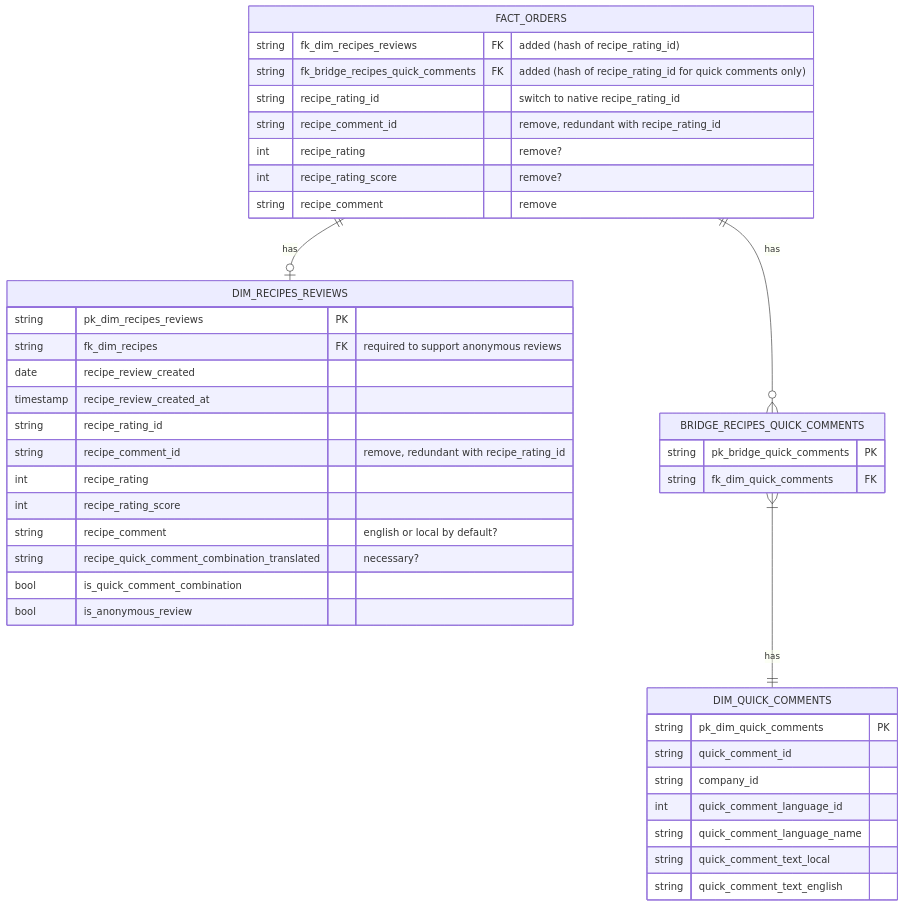
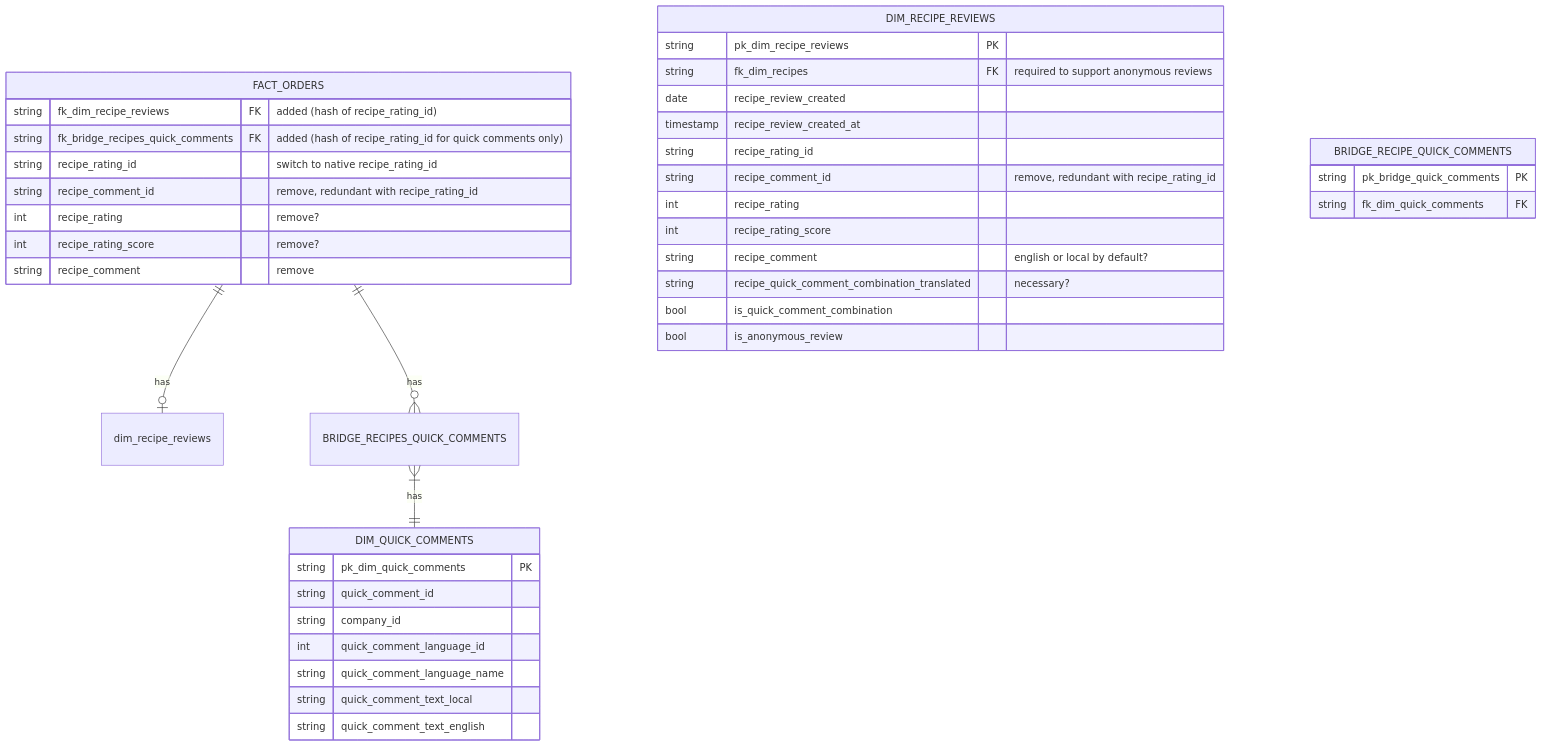
Before and after one commit to comegrant/misc_doc: the diagram in add_reviews_to_pbi.md, drawn with Mermaid. The commit also changed other lines of this file, not shown here.

````diff
--- a/add_reviews_to_pbi.md
+++ b/add_reviews_to_pbi.md
@@ -13,45 +13,45 @@
 ```mermaid
 erDiagram
 direction TB
-FACT_ORDERS ||--o| DIM_RECIPES_REVIEWS: has
+FACT_ORDERS ||--o| dim_recipe_reviews: has
 FACT_ORDERS ||--o{ BRIDGE_RECIPES_QUICK_COMMENTS: has
 BRIDGE_RECIPES_QUICK_COMMENTS }|--|| DIM_QUICK_COMMENTS: has
 
 
 FACT_ORDERS {
-    string fk_dim_recipes_reviews FK "added (hash of recipe_rating_id)"
+    string fk_dim_recipe_reviews FK "added (hash of recipe_rating_id)"
     string fk_bridge_recipes_quick_comments FK "added (hash of recipe_rating_id for quick comments only)"
     string recipe_rating_id "switch to native recipe_rating_id"
     string recipe_comment_id "remove, redundant with recipe_rating_id"
     int recipe_rating "remove?"
     int recipe_rating_score "remove?"
     string recipe_comment "remove"
 }
-DIM_RECIPES_REVIEWS {
-    string pk_dim_recipes_reviews PK
+DIM_RECIPE_REVIEWS {
+    string pk_dim_recipe_reviews PK
     string fk_dim_recipes FK "required to support anonymous reviews"
     date recipe_review_created
     timestamp recipe_review_created_at
     string recipe_rating_id
     string recipe_comment_id "remove, redundant with recipe_rating_id"
     int recipe_rating
     int recipe_rating_score
     string recipe_comment "english or local by default?"
     string recipe_quick_comment_combination_translated "necessary?"
     bool is_quick_comment_combination
     bool is_anonymous_review
 }
-BRIDGE_RECIPES_QUICK_COMMENTS {
+BRIDGE_RECIPE_QUICK_COMMENTS {
     string pk_bridge_quick_comments PK
     string fk_dim_quick_comments FK
 }
 DIM_QUICK_COMMENTS {
     string pk_dim_quick_comments PK
     string quick_comment_id 
     string company_id
     int quick_comment_language_id
     string quick_comment_language_name
     string quick_comment_text_local
     string quick_comment_text_english
 }
 ```
````
